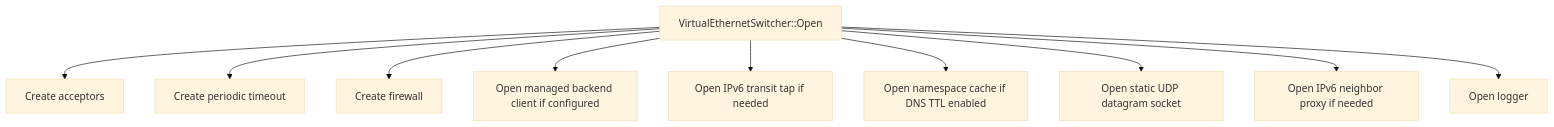
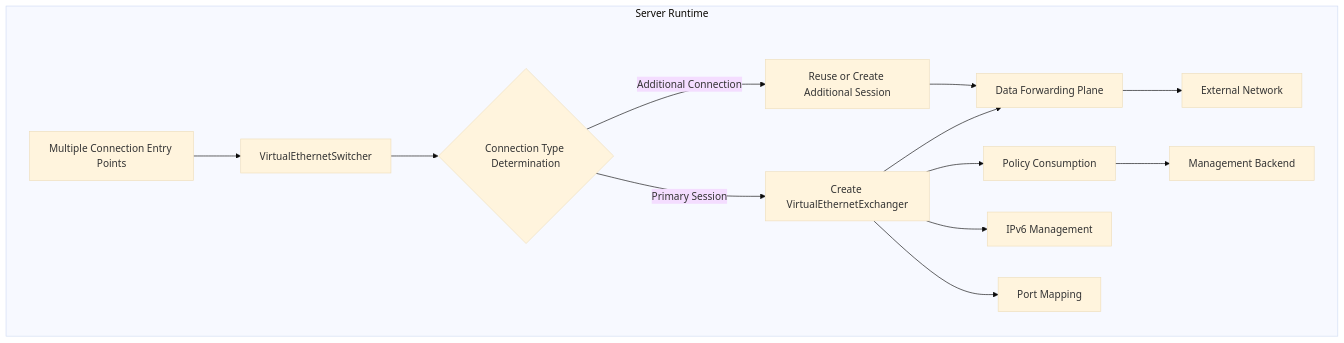
One commit to HyacinthHaru/openppp2 changed the first of 11 diagrams in docs/SERVER_ARCHITECTURE.md. Above: the diagram before and after it, drawn with Mermaid (base theme). The commit also changed other lines of this file and 31 other files, not shown here.

````diff
--- a/docs/SERVER_ARCHITECTURE.md
+++ b/docs/SERVER_ARCHITECTURE.md
@@ -79,12 +29,16 @@
 ```mermaid
 flowchart TD
-    A[VirtualEthernetSwitcher::Open] --> B[Create acceptors]
-    A --> C[Create periodic timeout]
-    A --> D[Create firewall]
-    A --> E[Open managed backend client if configured]
-    A --> F[Open IPv6 transit tap if needed]
-    A --> G[Open namespace cache if DNS TTL enabled]
-    A --> H[Open static UDP datagram socket]
-    A --> I[Open IPv6 neighbor proxy if needed]
-    A --> J[Open logger]
+    subgraph Server Runtime
+        A[Multiple Connection Entry Points] --> B[VirtualEthernetSwitcher]
+        B --> C{Connection Type Determination}
+        C -->|Primary Session| D[Create VirtualEthernetExchanger]
+        C -->|Additional Connection| E[Reuse or Create Additional Session]
+        D --> F[Data Forwarding Plane]
+        E --> F
+        D --> G[Policy Consumption]
+        D --> H[IPv6 Management]
+        D --> I[Port Mapping]
+        F --> J[External Network]
+        G --> K[Management Backend]
+    end
 ```
````
